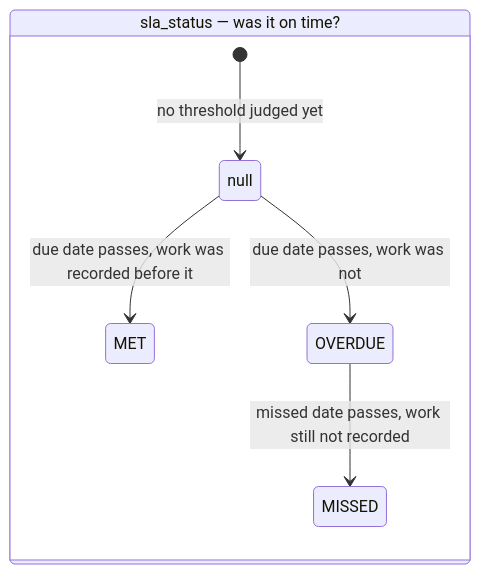
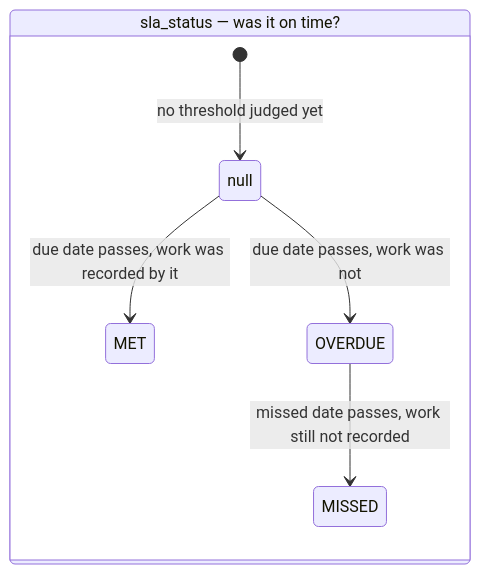
One commit to Jayaprakash8887/cce-common-util changed the third of 3 diagrams in docs/architecture-overview.md. Above: the diagram before and after it, drawn with Mermaid. The commit also changed other lines of this file and 4 other files, not shown here.

First line of the commit message:
Say that work recorded at the due-date instant is on time

````diff
--- a/docs/architecture-overview.md
+++ b/docs/architecture-overview.md
@@ -120,10 +120,10 @@
 ```mermaid
 stateDiagram-v2
     direction LR
     state "sla_status — was it on time?" as SL {
         [*] --> null : no threshold judged yet
-        null --> MET : due date passes, work was recorded before it
+        null --> MET : due date passes, work was recorded by it
         null --> OVERDUE : due date passes, work was not
         OVERDUE --> MISSED : missed date passes, work still not recorded
     }
 ```
````
